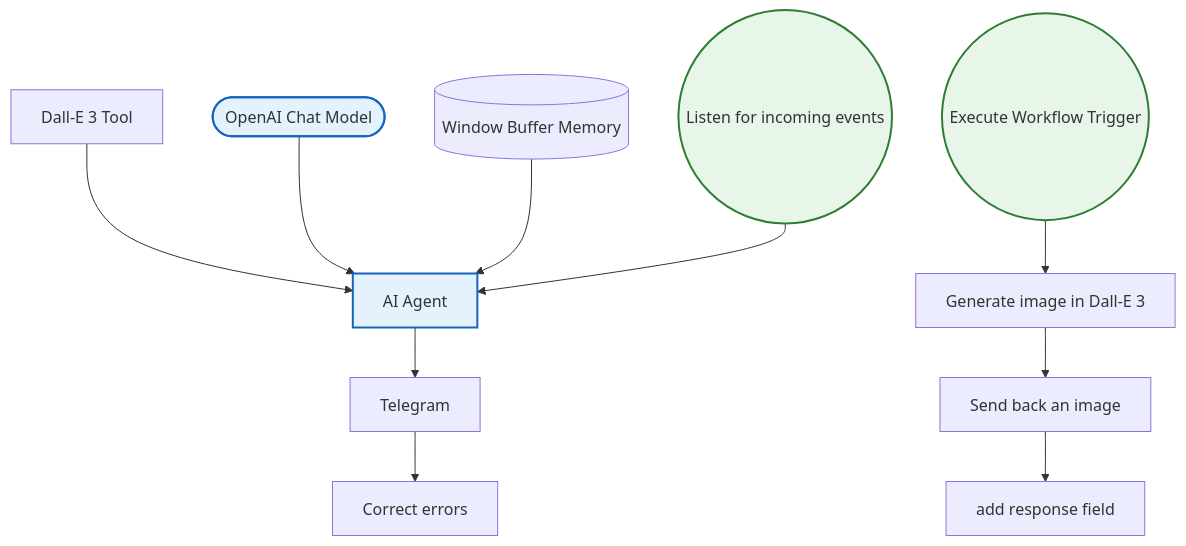
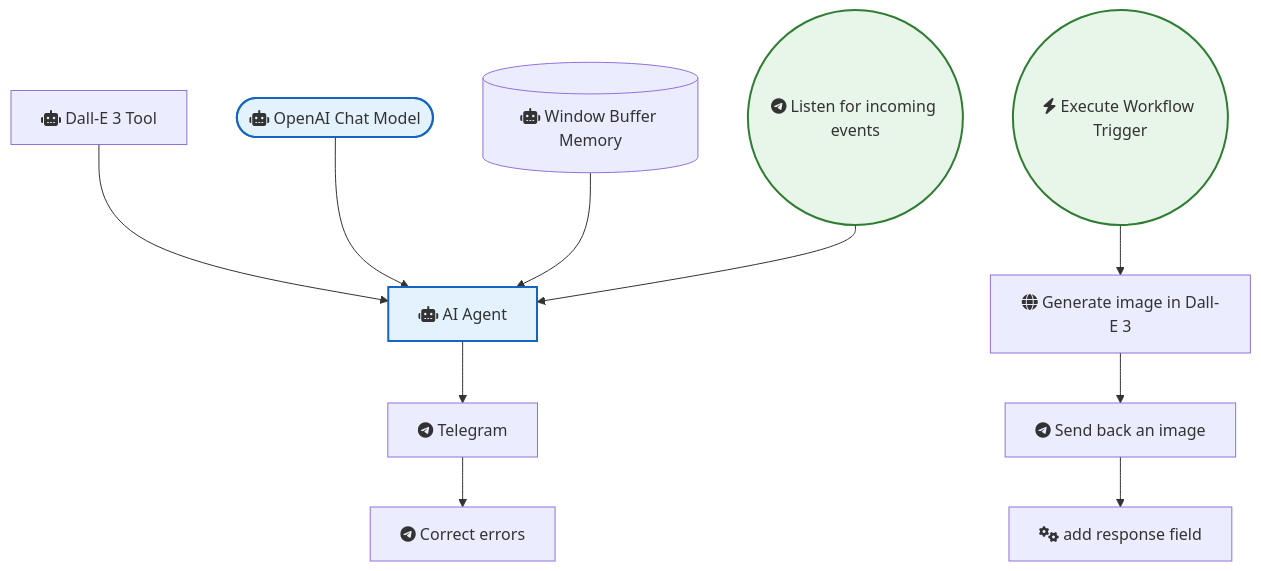
One commit to sreyash3105/N8N-DEMO-AUTOMATIONS changed the diagram in Telegram/Telegram Ai Langchain Bot.md. Above: the diagram before and after it, drawn with Mermaid. The commit also changed 291 other files, not shown here.

````diff
--- a/Telegram/Telegram Ai Langchain Bot.md
+++ b/Telegram/Telegram Ai Langchain Bot.md
@@ -1,28 +1,28 @@
 ```mermaid
 graph TD
     classDef trigger fill:#e8f5e9,stroke:#2e7d32,stroke-width:2px;
     classDef ai fill:#e3f2fd,stroke:#1565c0,stroke-width:2px;
     classDef logic fill:#fff3e0,stroke:#ef6c00,stroke-width:2px;
 
-    OpenAI_Chat_Model(["OpenAI Chat Model"]):::ai
-    Window_Buffer_Memory[("Window Buffer Memory")]
-    Telegram["Telegram"]
-    Correct_errors["Correct errors"]
-    Execute_Workflow_Trigger(("Execute Workflow Trigger")):::trigger
-    Listen_for_incoming_events(("Listen for incoming events")):::trigger
-    Send_back_an_image["Send back an image"]
-    add_response_field["add response field"]
-    Dall_E_3_Tool["Dall-E 3 Tool"]
-    Generate_image_in_Dall_E_3["Generate image in Dall-E 3"]
-    AI_Agent["AI Agent"]:::ai
+    OpenAI_Chat_Model(["fas:fa-robot OpenAI Chat Model"]):::ai
+    Window_Buffer_Memory[("fas:fa-robot Window Buffer Memory")]
+    Telegram["fab:fa-telegram Telegram"]
+    Correct_errors["fab:fa-telegram Correct errors"]
+    Execute_Workflow_Trigger(("fas:fa-bolt Execute Workflow Trigger")):::trigger
+    Listen_for_incoming_events(("fab:fa-telegram Listen for incoming events")):::trigger
+    Send_back_an_image["fab:fa-telegram Send back an image"]
+    add_response_field["fas:fa-cogs add response field"]
+    Dall_E_3_Tool["fas:fa-robot Dall-E 3 Tool"]
+    Generate_image_in_Dall_E_3["fas:fa-globe Generate image in Dall-E 3"]
+    AI_Agent["fas:fa-robot AI Agent"]:::ai
 
     AI_Agent --> Telegram
     Telegram --> Correct_errors
     Dall_E_3_Tool --> AI_Agent
     OpenAI_Chat_Model --> AI_Agent
     Send_back_an_image --> add_response_field
     Window_Buffer_Memory --> AI_Agent
     Execute_Workflow_Trigger --> Generate_image_in_Dall_E_3
     Generate_image_in_Dall_E_3 --> Send_back_an_image
     Listen_for_incoming_events --> AI_Agent
 ```
````
